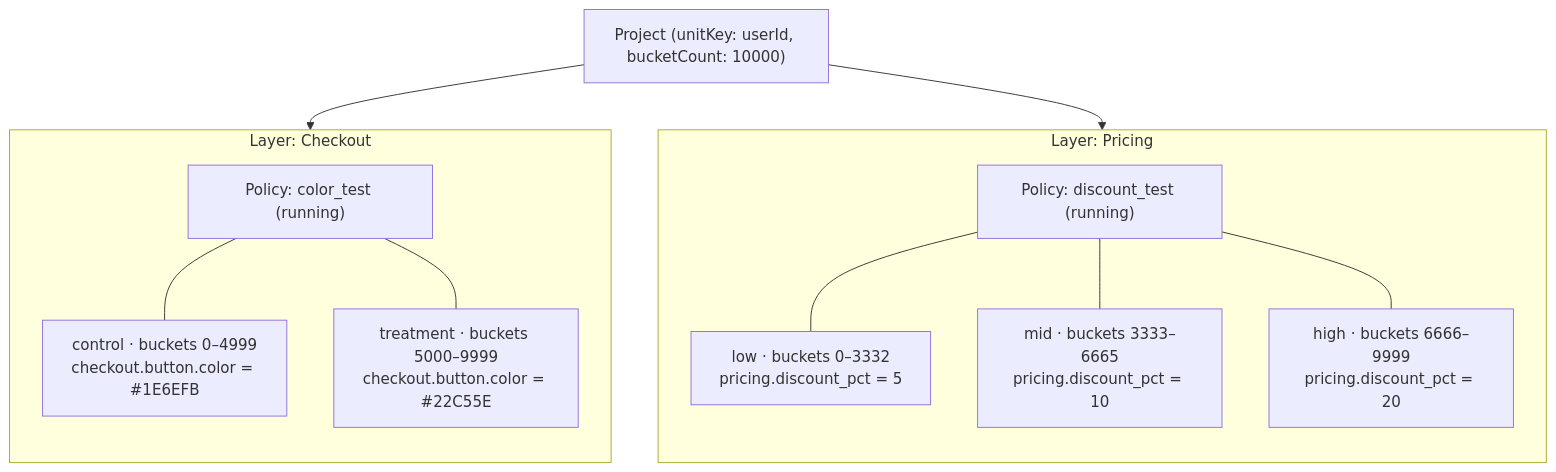
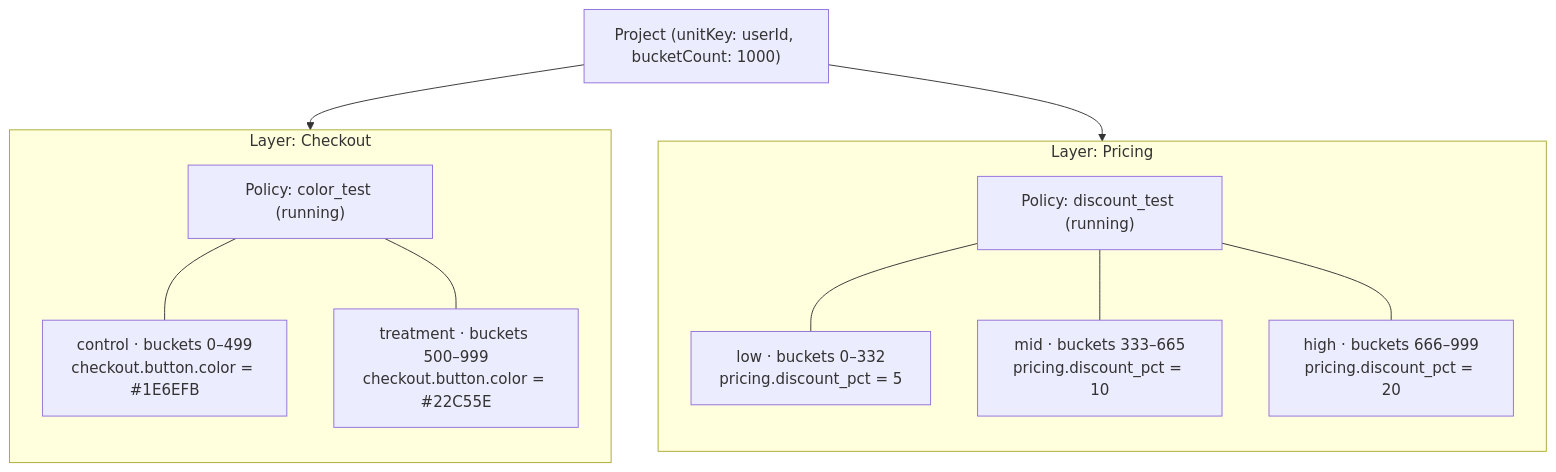
Before and after one commit to traffical/docs: the diagram in concepts/layers.mdx, drawn with Mermaid. The commit also changed other lines of this file and 61 other files, not shown here.

````diff
--- a/concepts/layers.mdx
+++ b/concepts/layers.mdx
@@ -8,27 +8,27 @@
 ```mermaid
 flowchart TB
-    Project["Project (unitKey: userId, bucketCount: 10000)"]
+    Project["Project (unitKey: userId, bucketCount: 1000)"]
 
     subgraph L1["Layer: Checkout"]
         direction TB
         L1P1["Policy: color_test (running)"]
-        L1P1A1["control · buckets 0–4999<br/>checkout.button.color = #1E6EFB"]
-        L1P1A2["treatment · buckets 5000–9999<br/>checkout.button.color = #22C55E"]
+        L1P1A1["control · buckets 0–499<br/>checkout.button.color = #1E6EFB"]
+        L1P1A2["treatment · buckets 500–999<br/>checkout.button.color = #22C55E"]
         L1P1 --- L1P1A1
         L1P1 --- L1P1A2
     end
 
     subgraph L2["Layer: Pricing"]
         direction TB
         L2P1["Policy: discount_test (running)"]
-        L2P1A1["low · buckets 0–3332<br/>pricing.discount_pct = 5"]
-        L2P1A2["mid · buckets 3333–6665<br/>pricing.discount_pct = 10"]
-        L2P1A3["high · buckets 6666–9999<br/>pricing.discount_pct = 20"]
+        L2P1A1["low · buckets 0–332<br/>pricing.discount_pct = 5"]
+        L2P1A2["mid · buckets 333–665<br/>pricing.discount_pct = 10"]
+        L2P1A3["high · buckets 666–999<br/>pricing.discount_pct = 20"]
         L2P1 --- L2P1A1
         L2P1 --- L2P1A2
         L2P1 --- L2P1A3
     end
 
     Project --> L1
     Project --> L2
 ```
````
